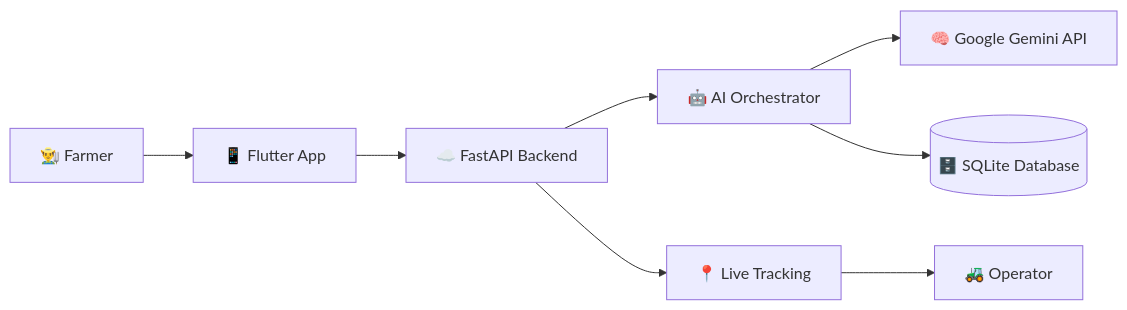
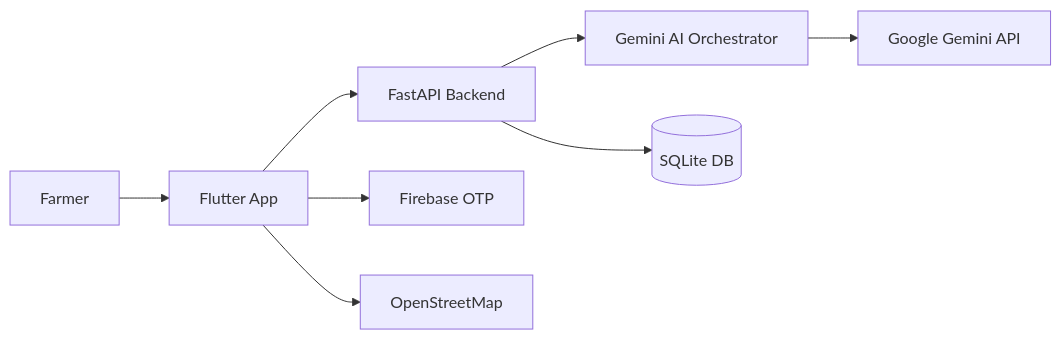
The diagram in README.md (ramshan00/KissanAI), drawn with Mermaid before and after one commit. The commit also changed other lines of this file, not shown here.

`````diff
--- a/README.md
+++ b/README.md
@@ -31,10 +10,13 @@
 ```mermaid
 flowchart LR
-    Farmer[👨‍🌾 Farmer] --> App[📱 Flutter App]
-    App --> API[☁️ FastAPI Backend]
-    API --> AI[🤖 AI Orchestrator]
-    AI --> Gemini[🧠 Google Gemini API]
-    AI --> DB[(🗄️ SQLite Database)]
-    API --> Track[📍 Live Tracking]
-    Track --> Operator[🚜 Operator]
-````
+    Farmer[Farmer] --> App[Flutter App]
+    App --> Backend[FastAPI Backend]
+
+    Backend --> AI[Gemini AI Orchestrator]
+    Backend --> DB[(SQLite DB)]
+
+    App --> Auth[Firebase OTP]
+    App --> Map[OpenStreetMap]
+
+    AI --> Gemini[Google Gemini API] 
+```
`````
